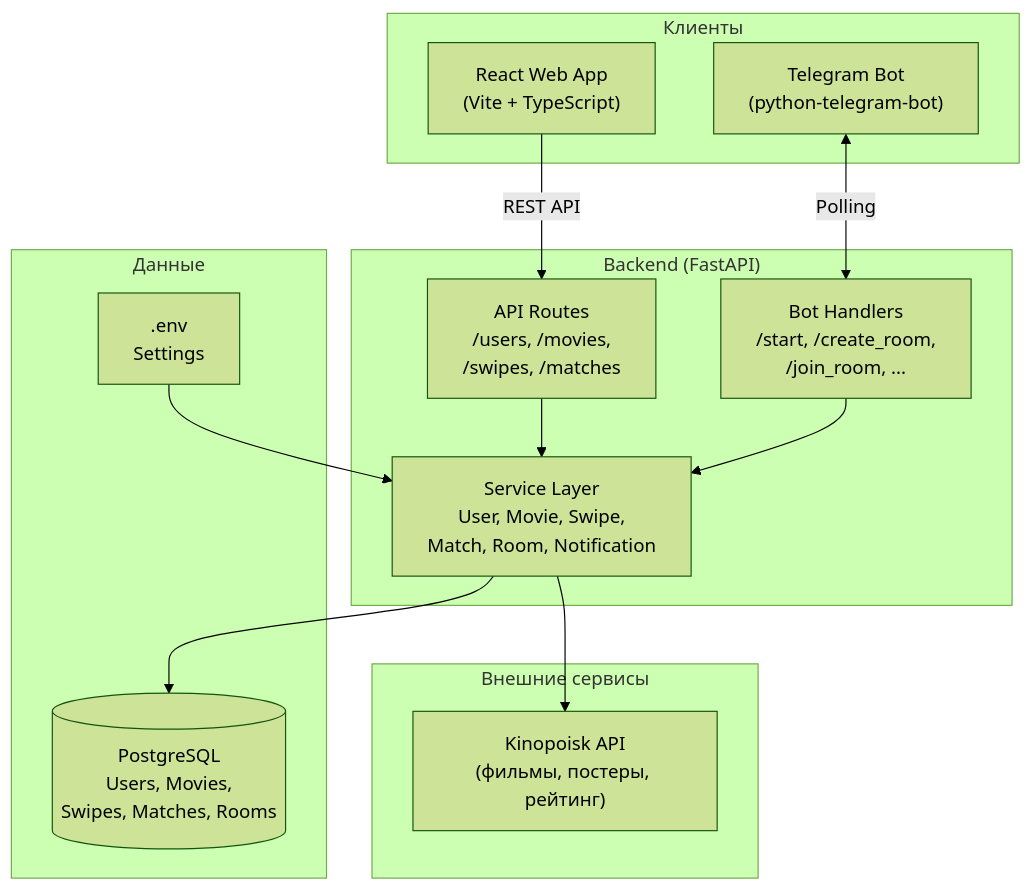
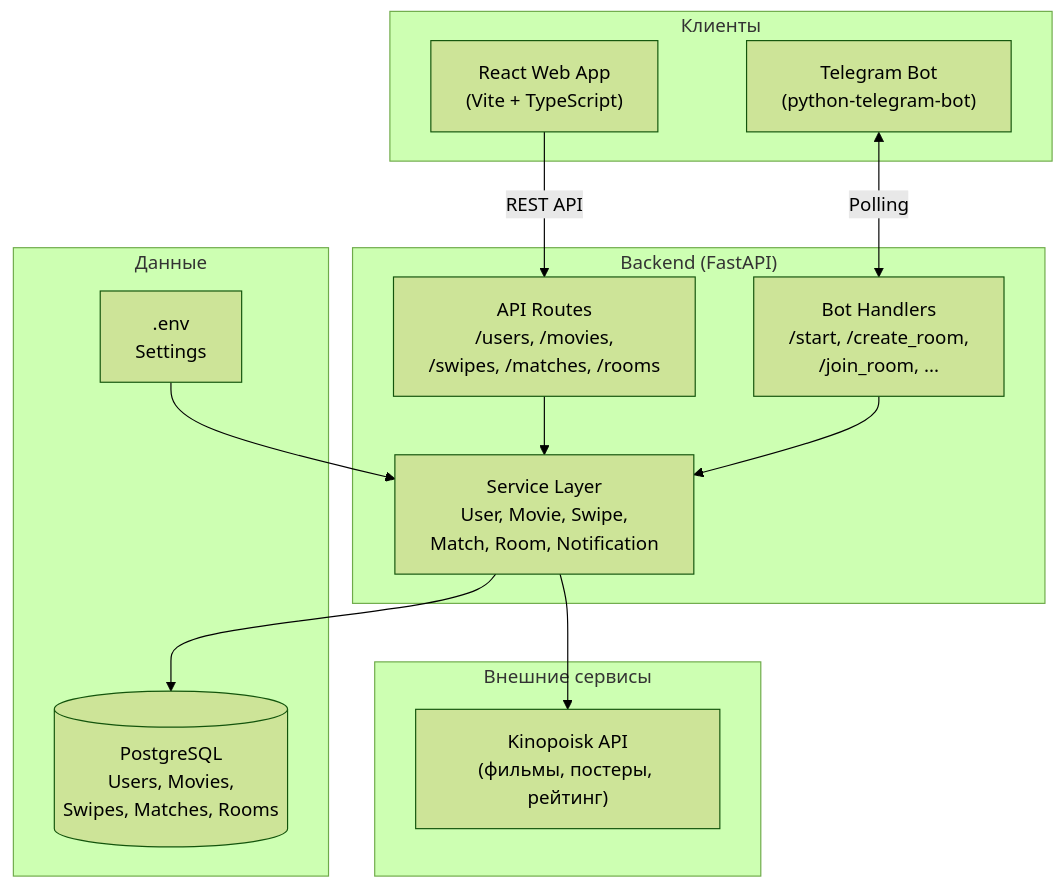
One commit to Lotreamaun/tinder_movie changed the diagram in README.md. Above: the diagram before and after it, drawn with Mermaid (forest theme). The commit also changed other lines of this file, not shown here.

````diff
--- a/README.md
+++ b/README.md
@@ -7,30 +7,30 @@
 ```mermaid
 flowchart TB
     subgraph Clients["Клиенты"]
         TG["Telegram Bot\n(python-telegram-bot)"]
         WEB["React Web App\n(Vite + TypeScript)"]
     end
 
     subgraph Backend["Backend (FastAPI)"]
-        API["API Routes\n/users, /movies,\n/swipes, /matches"]
+        API["API Routes\n/users, /movies,\n/swipes, /matches, /rooms"]
         BOT["Bot Handlers\n/start, /create_room,\n/join_room, ..."]
         SVC["Service Layer\nUser, Movie, Swipe,\nMatch, Room, Notification"]
     end
 
     subgraph Data["Данные"]
         PG[("PostgreSQL\nUsers, Movies,\nSwipes, Matches, Rooms")]
         ENV[".env\nSettings"]
     end
 
     subgraph External["Внешние сервисы"]
         KINO["Kinopoisk API\n(фильмы, постеры, рейтинг)"]
     end
 
     WEB -->|REST API| API
     TG <-->|Polling| BOT
     API --> SVC
     BOT --> SVC
     SVC --> PG
     SVC --> KINO
     ENV --> SVC
 ```
````
